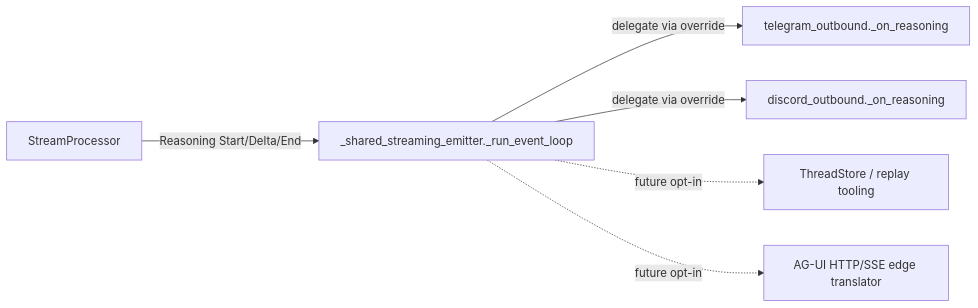
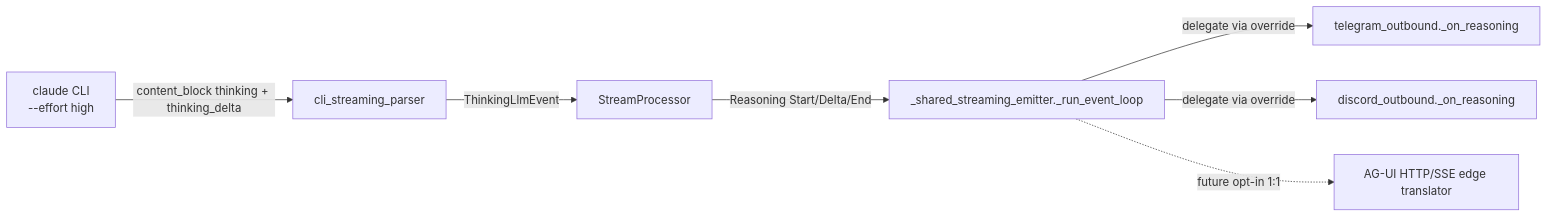
One commit to Roxabi/lyra changed the second of 2 diagrams in artifacts/specs/1101-typed-reasoning-events-spec.mdx. Above: the diagram before and after it, drawn with Mermaid. The commit also changed other lines of this file, not shown here.

First line of the commit message:
docs(spec): #1101 revise to parser-level thinking_delta extraction

````diff
--- a/artifacts/specs/1101-typed-reasoning-events-spec.mdx
+++ b/artifacts/specs/1101-typed-reasoning-events-spec.mdx
@@ -108,15 +188,17 @@
 ```mermaid
 flowchart LR
+  CLI[claude CLI<br/>--effort high]
+  P[cli_streaming_parser]
   SP[StreamProcessor]
   SSE[_shared_streaming_emitter._run_event_loop]
   TgOut[telegram_outbound._on_reasoning]
   DcOut[discord_outbound._on_reasoning]
-  TR[ThreadStore / replay tooling]
   AGUI[AG-UI HTTP/SSE edge translator]
 
+  CLI -->|content_block thinking + thinking_delta| P
+  P -->|ThinkingLlmEvent| SP
   SP -->|Reasoning Start/Delta/End| SSE
   SSE -->|delegate via override| TgOut
   SSE -->|delegate via override| DcOut
-  SSE -.->|future opt-in| TR
-  SSE -.->|future opt-in| AGUI
+  SSE -.->|future opt-in 1:1| AGUI
 ```
````
